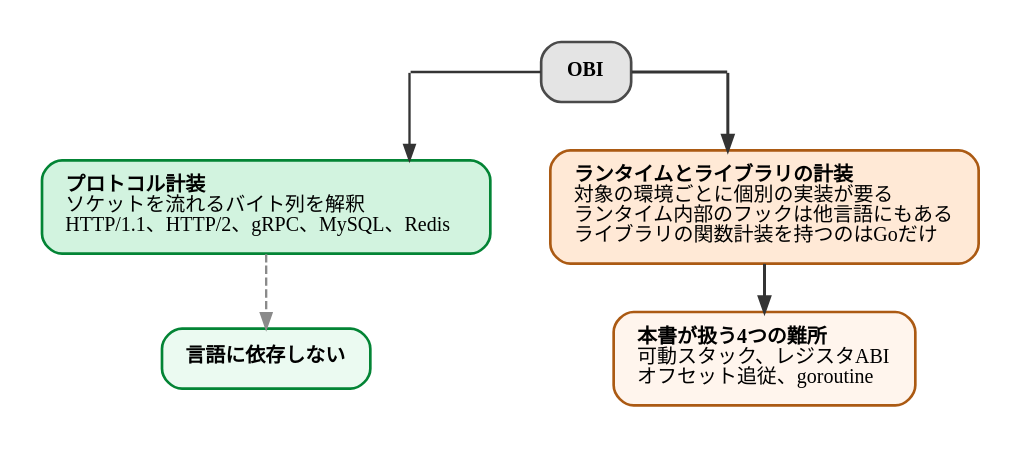
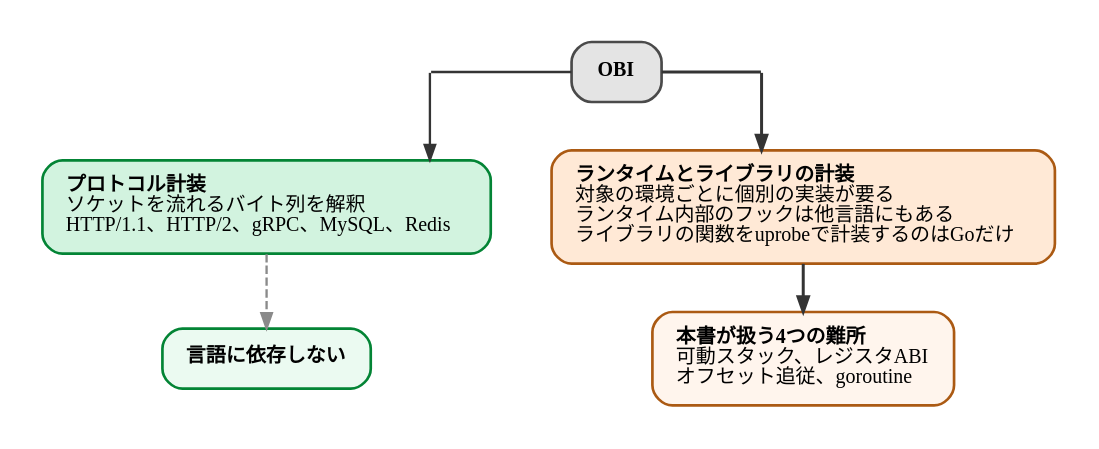
The diagram in diagrams/go-ebpf-primer/20260911-obi-two-paths.dot (ymotongpoo/zenn.dev), drawn with Graphviz before and after one commit. The commit also changed 20 other files, not shown here.

```diff
--- a/diagrams/go-ebpf-primer/20260911-obi-two-paths.dot
+++ b/diagrams/go-ebpf-primer/20260911-obi-two-paths.dot
@@ -1,54 +1,54 @@
 // OBIの2つの計装経路
 digraph obi_two_paths {
   graph [
     rankdir=TB, splines=ortho,
     nodesep=0.5, ranksep=0.4, pad=0.25,
     fontname="IBM Plex Sans JP", fontsize=13,
     bgcolor="white"
   ];
   node [
     fontname="IBM Plex Sans JP", fontsize=12,
     shape=box, style="rounded,filled",
     fillcolor="#F1F1F1", color="#4A4A4A", penwidth=1.6,
     margin="0.2,0.14"
   ];
   edge [
     fontname="IBM Plex Sans JP", fontsize=11,
     color="#343434", penwidth=1.4, arrowsize=0.9,
     fontcolor="#171717"
   ];
 
   obi [label=<<font face="Poppins"><b>OBI</b></font>>, fillcolor="#E4E4E4"];
 
   proto [label=<<b>プロトコル計装</b><br align="left"/>ソケットを流れるバイト列を解釈<br align="left"/>HTTP/1.1、HTTP/2、gRPC、MySQL、Redis<br align="left"/>>,
          fillcolor="#D2F3DF", color="#038435"];
-  lib [label=<<b>ランタイムとライブラリの計装</b><br align="left"/>対象の環境ごとに個別の実装が要る<br align="left"/>ランタイム内部のフックは他言語にもある<br align="left"/>ライブラリの関数計装を持つのはGoだけ<br align="left"/>>,
+  lib [label=<<b>ランタイムとライブラリの計装</b><br align="left"/>対象の環境ごとに個別の実装が要る<br align="left"/>ランタイム内部のフックは他言語にもある<br align="left"/>ライブラリの関数をuprobeで計装するのはGoだけ<br align="left"/>>,
        fillcolor="#FFE9D6", color="#AB5A13"];
 
   proto_res [label=<<b>言語に依存しない</b>>, fillcolor="#EBFAF1", color="#038435"];
   lib_res [label=<<b>本書が扱う4つの難所</b><br align="left"/>可動スタック、レジスタABI<br align="left"/>オフセット追従、goroutine<br align="left"/>>,
            fillcolor="#FFF5ED", color="#AB5A13"];
 
   // obi からの2本は「横に伸びてから真下に折れる」形にする。splines=ortho の
   // 直角配線を dot に任せると、必ず「真下に降りてから横に折れて子の側面に入る」
   // 経路になり、しかも obi の真下に来た子だけが直線になって不揃いに見える。
   // そこで obi と同じランクに不可視の経由点 wl / wr を置き、そこで折る。
   // wl / wr は子が1つずつなので dot の座標決定で子の中心に揃い、
   // 「obi の側面から水平 → 経由点で真下 → 子の上辺」という経路になる。
   // 経由点での継ぎ目は render.sh の elbow.py がふさいで角を丸める。
   // フラットな辺は書いた向きが左右の並び順になるため、wl は wl -> obi と書く
   // （dir=none なので矢じりは出ない。流れは obi から proto / lib へ）。
   wl [shape=point, width=0.01, height=0.01, style=invis, label=""];
   wr [shape=point, width=0.01, height=0.01, style=invis, label=""];
 
   wl -> obi [dir=none];
   wl -> proto;
   obi -> wr [dir=none, penwidth=1.8];
   wr -> lib [penwidth=1.8];
   proto -> proto_res [style=dashed, color="#8A8A8A"];
   lib -> lib_res [penwidth=1.8];
 
   { rank=same; wl; obi; wr; }
   { rank=same; proto; lib; }
   { rank=same; proto_res; lib_res; }
 }
```
